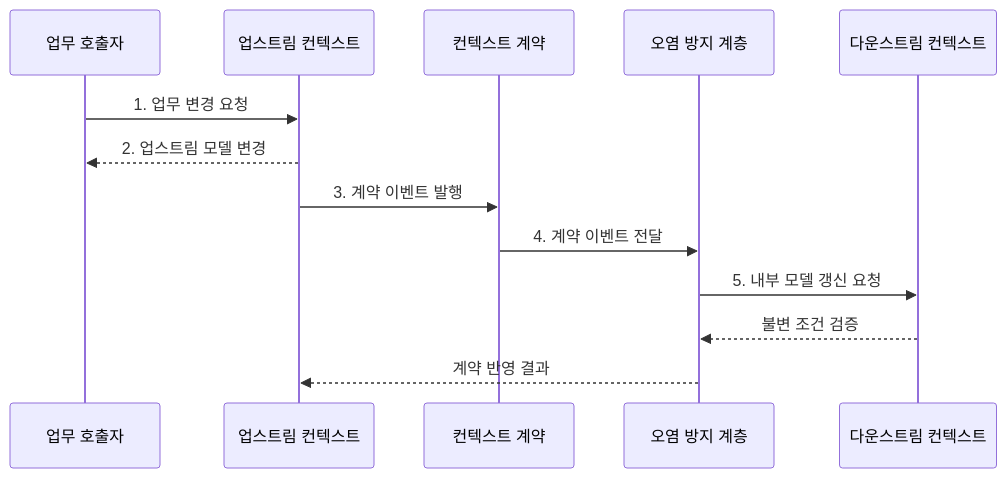
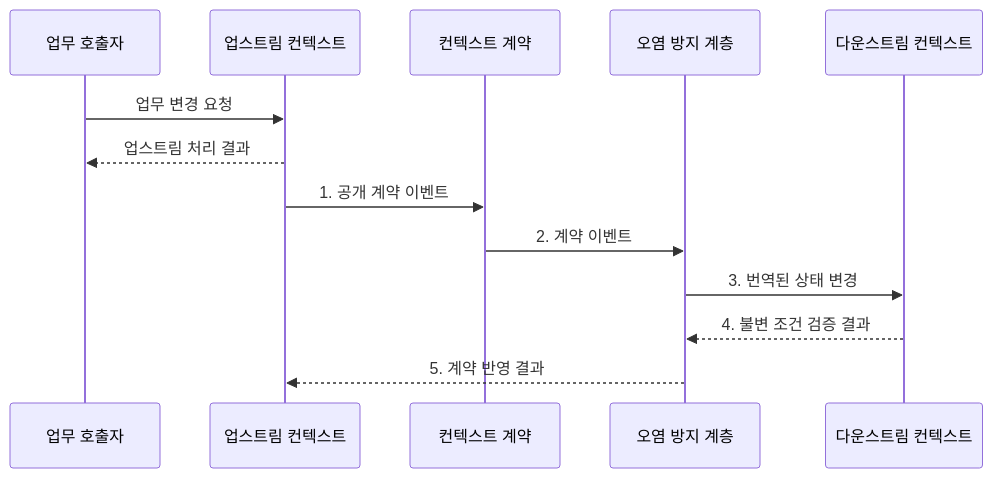
The second of 2 diagrams in src/content/docs/notes/03-software/050_bounded_context.md (agnusdei1207/knowledge-base), drawn with Mermaid before and after one commit. The commit also changed other lines of this file and 20 other files, not shown here.

````diff
--- a/src/content/docs/notes/03-software/050_bounded_context.md
+++ b/src/content/docs/notes/03-software/050_bounded_context.md
@@ -84,15 +83,15 @@
 ```mermaid
 sequenceDiagram
     participant A as 업무 호출자
     participant U as 업스트림 컨텍스트
     participant C as 컨텍스트 계약
     participant L as 오염 방지 계층
     participant D as 다운스트림 컨텍스트
-    A->>U: 1. 업무 변경 요청
-    U-->>A: 2. 업스트림 모델 변경
-    U->>C: 3. 계약 이벤트 발행
-    C->>L: 4. 계약 이벤트 전달
-    L->>D: 5. 내부 모델 갱신 요청
-    D-->>L: 불변 조건 검증
-    L-->>U: 계약 반영 결과
+    A->>U: 업무 변경 요청
+    U-->>A: 업스트림 처리 결과
+    U->>C: 1. 공개 계약 이벤트
+    C->>L: 2. 계약 이벤트
+    L->>D: 3. 번역된 상태 변경
+    D-->>L: 4. 불변 조건 검증 결과
+    L-->>U: 5. 계약 반영 결과
 ```
````
